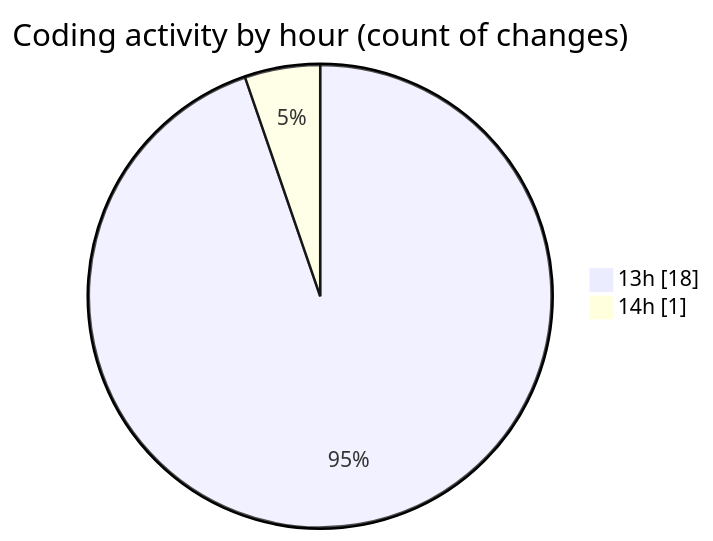
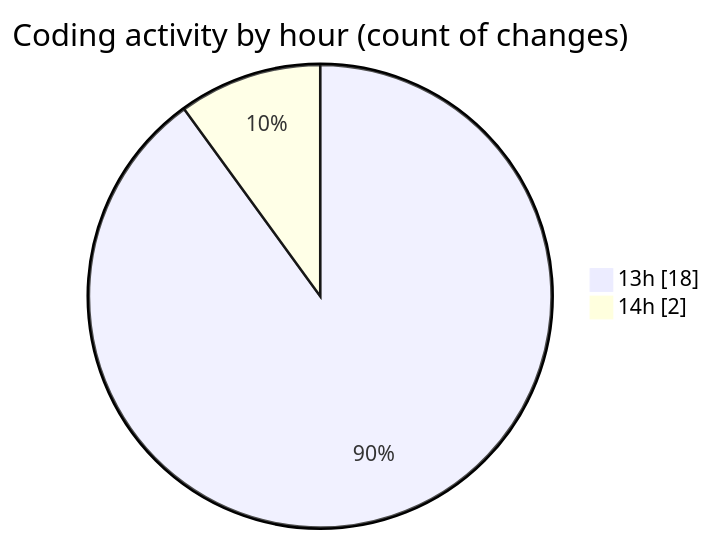
One commit to idhammustaqopulfikri/code-tracking changed the second of 2 diagrams in 2025-06-16/studio-backend/README.md. Above: the diagram before and after it, drawn with Mermaid. The commit also changed other lines of this file and 1 other file, not shown here.

````diff
--- a/2025-06-16/studio-backend/README.md
+++ b/2025-06-16/studio-backend/README.md
@@ -32,6 +32,6 @@
 ```mermaid
 pie showData
 title Coding activity by hour (count of changes)
 "13h" : 18
-"14h" : 1
+"14h" : 2
 ```
````
